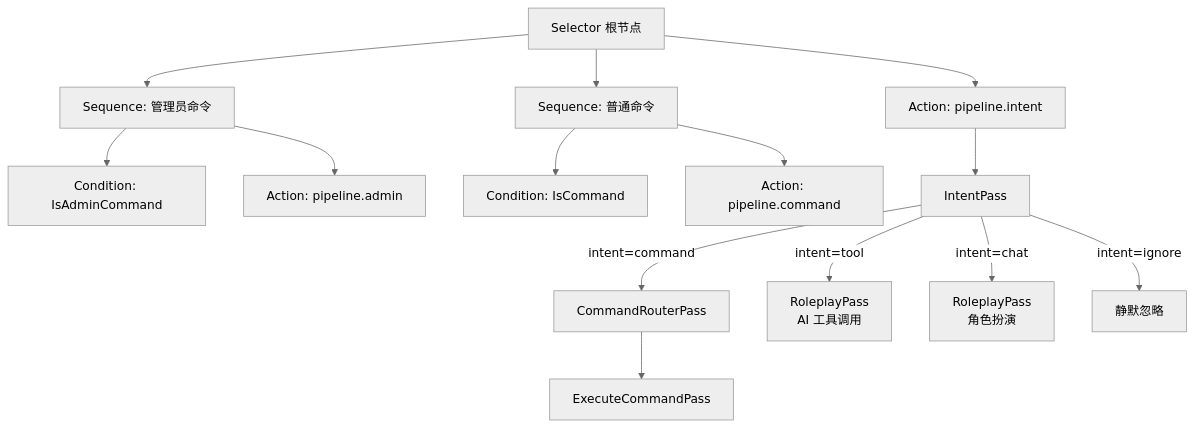
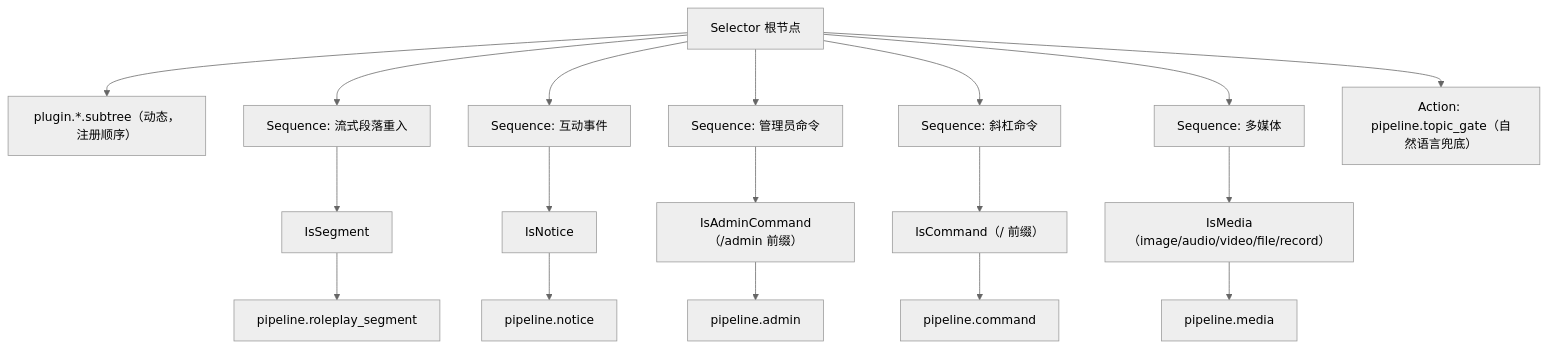
Before and after one commit to Airiseina/lanmei-dream: the third of 7 diagrams in docs/architecture.md, drawn with Mermaid (neutral theme). The commit also changed other lines of this file and 202 other files, not shown here.

````diff
--- a/docs/architecture.md
+++ b/docs/architecture.md
@@ -202,20 +173,22 @@
 ```mermaid
 graph TD
-    Root[Selector 根节点]
-    Root --> S1[Sequence: 管理员命令]
-    Root --> S2[Sequence: 普通命令]
-    Root --> A1[Action: pipeline.intent]
+    Root["Selector 根节点"]
+    Root --> P["plugin.*.subtree（动态，注册顺序）"]
+    Root --> S1["Sequence: 流式段落重入"]
+    Root --> S2["Sequence: 互动事件"]
+    Root --> S3["Sequence: 管理员命令"]
+    Root --> S4["Sequence: 斜杠命令"]
+    Root --> S5["Sequence: 多媒体"]
+    Root --> A0["Action: pipeline.topic_gate（自然语言兜底）"]
 
-    S1 --> C1[Condition: IsAdminCommand]
-    S1 --> A2[Action: pipeline.admin]
-
-    S2 --> C2[Condition: IsCommand]
-    S2 --> A3[Action: pipeline.command]
-
-    A1 --> IP[IntentPass]
-    IP -->|intent=command| CR[CommandRouterPass]
-    CR --> EC[ExecuteCommandPass]
-    IP -->|intent=tool| RP[RoleplayPass<br/>AI 工具调用]
-    IP -->|intent=chat| RP2[RoleplayPass<br/>角色扮演]
-    IP -->|intent=ignore| SKIP[静默忽略]
+    S1 --> C1["IsSegment"]
+    C1 --> A1["pipeline.roleplay_segment"]
+    S2 --> C2["IsNotice"]
+    C2 --> A2["pipeline.notice"]
+    S3 --> C3["IsAdminCommand（/admin 前缀）"]
+    C3 --> A3["pipeline.admin"]
+    S4 --> C4["IsCommand（/ 前缀）"]
+    C4 --> A4["pipeline.command"]
+    S5 --> C5["IsMedia（image/audio/video/file/record）"]
+    C5 --> A5["pipeline.media"]
 ```
````
